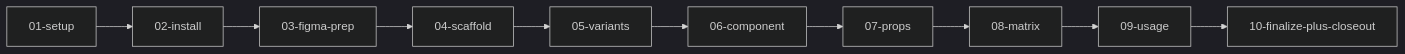
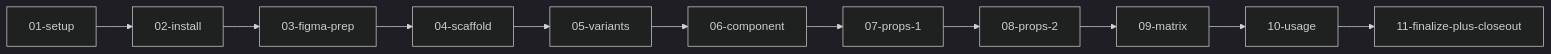
One commit to JBabcock-DL/DesignOps-plugin changed the diagram in skills/create-component/phases/00-index.md. Above: the diagram before and after it, drawn with Mermaid (dark theme). The commit also changed other lines of this file and 79 other files, not shown here.

````diff
--- a/skills/create-component/phases/00-index.md
+++ b/skills/create-component/phases/00-index.md
@@ -32,12 +33,13 @@
 ```mermaid
 flowchart LR
   P01[01-setup] --> P02[02-install]
   P02 --> P03[03-figma-prep]
   P03 --> P04[04-scaffold]
   P04 --> P05[05-variants]
   P05 --> P06[06-component]
-  P06 --> P07[07-props]
-  P07 --> P08[08-matrix]
-  P08 --> P09[09-usage]
-  P09 --> P10[10-finalize-plus-closeout]
+  P06 --> P07[07-props-1]
+  P07 --> P08[08-props-2]
+  P08 --> P09[09-matrix]
+  P09 --> P10[10-usage]
+  P10 --> P11[11-finalize-plus-closeout]
 ```
````
